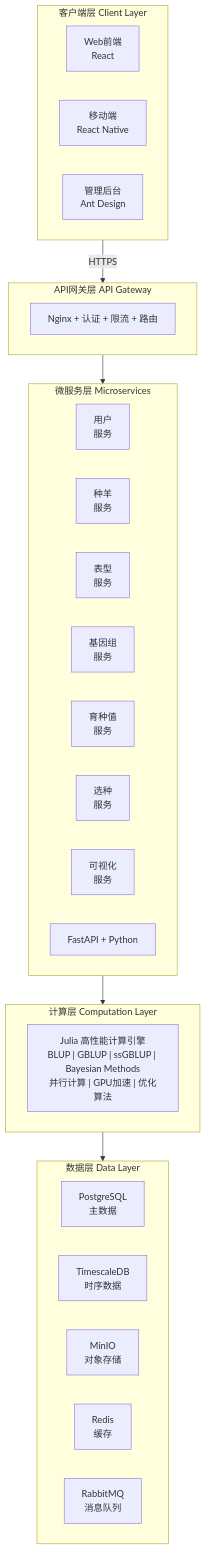
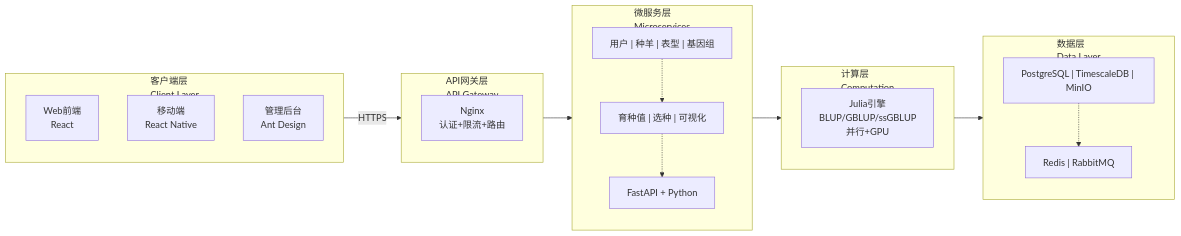
Before and after one commit to 1958126580/Sheep_breeding: the diagram in README.md, drawn with Mermaid.

Commit message:
Optimize Mermaid diagram layout to horizontal for more compact display

````diff
--- a/README.md
+++ b/README.md
@@ -29,40 +29,38 @@
 ```mermaid
-graph TB
-    subgraph client["客户端层 Client Layer"]
+graph LR
+    subgraph client["客户端层<br/>Client Layer"]
+        direction TB
         web["Web前端<br/>React"]
         mobile["移动端<br/>React Native"]
         admin["管理后台<br/>Ant Design"]
     end
 
-    subgraph gateway["API网关层 API Gateway"]
-        nginx["Nginx + 认证 + 限流 + 路由"]
+    subgraph gateway["API网关层<br/>API Gateway"]
+        nginx["Nginx<br/>认证+限流+路由"]
     end
 
-    subgraph services["微服务层 Microservices"]
-        user["用户<br/>服务"]
-        sheep["种羊<br/>服务"]
-        pheno["表型<br/>服务"]
-        genome["基因组<br/>服务"]
-        breeding["育种值<br/>服务"]
-        selection["选种<br/>服务"]
-        viz["可视化<br/>服务"]
-        fastapi["FastAPI + Python"]
+    subgraph services["微服务层<br/>Microservices"]
+        direction TB
+        row1["用户 | 种羊 | 表型 | 基因组"]
+        row2["育种值 | 选种 | 可视化"]
+        tech["FastAPI + Python"]
+        row1 -.-> row2
+        row2 -.-> tech
     end
 
-    subgraph compute["计算层 Computation Layer"]
-        julia["Julia 高性能计算引擎<br/>BLUP | GBLUP | ssGBLUP | Bayesian Methods<br/>并行计算 | GPU加速 | 优化算法"]
+    subgraph compute["计算层<br/>Computation"]
+        julia["Julia引擎<br/>BLUP/GBLUP/ssGBLUP<br/>并行+GPU"]
     end
 
-    subgraph data["数据层 Data Layer"]
-        postgres["PostgreSQL<br/>主数据"]
-        timescale["TimescaleDB<br/>时序数据"]
-        minio["MinIO<br/>对象存储"]
-        redis["Redis<br/>缓存"]
-        rabbitmq["RabbitMQ<br/>消息队列"]
+    subgraph data["数据层<br/>Data Layer"]
+        direction TB
+        db["PostgreSQL | TimescaleDB | MinIO"]
+        cache["Redis | RabbitMQ"]
+        db -.-> cache
     end
 
     client -->|HTTPS| gateway
     gateway --> services
     services --> compute
     compute --> data
 ```
````
